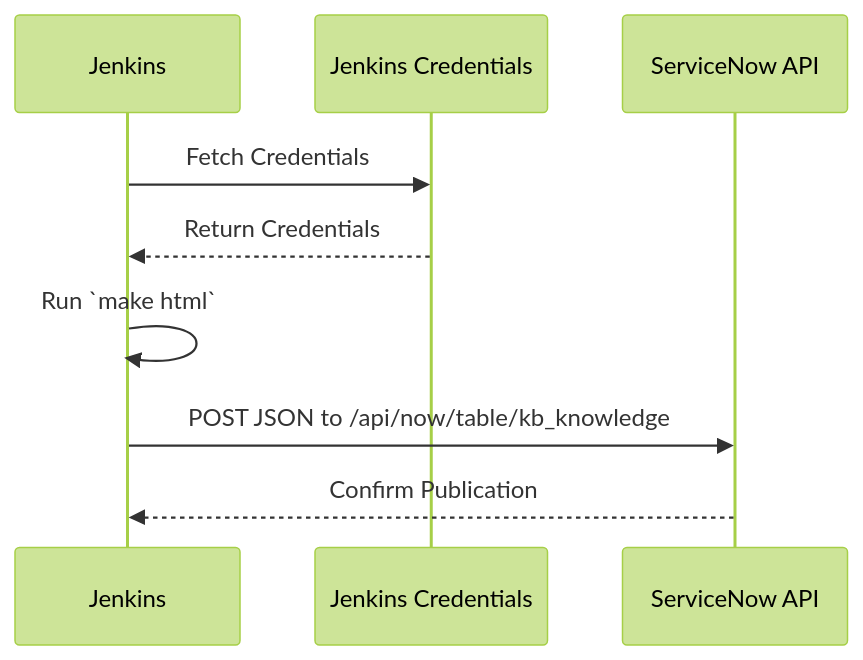
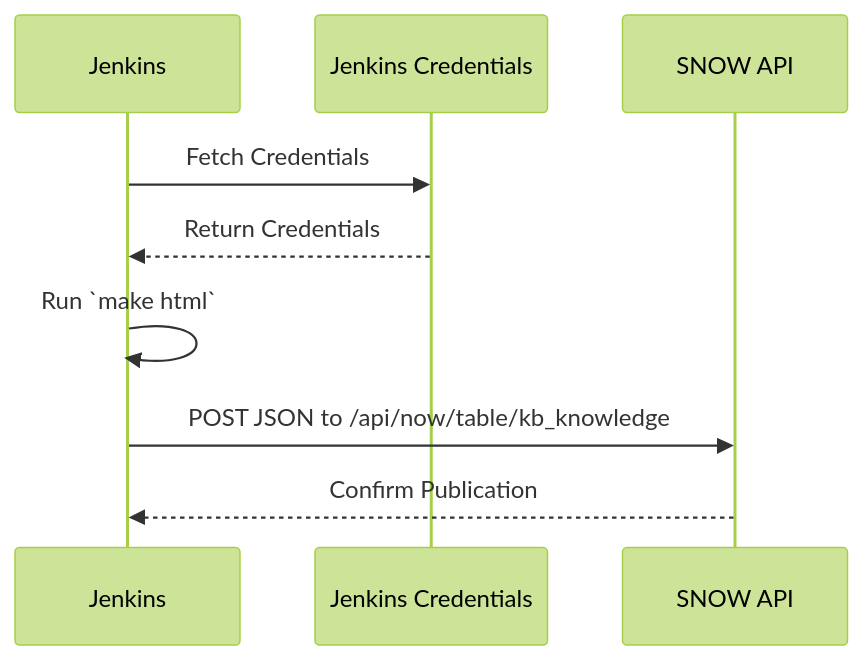
Before and after one commit to buckeye43210/markdown-to-snowkb: the fourth of 4 diagrams in README.md, drawn with Mermaid (forest theme). The commit also changed other lines of this file, not shown here.

Commit message:
revising diagrams

````diff
--- a/README.md
+++ b/README.md
@@ -205,11 +207,11 @@
 ```mermaid
 sequenceDiagram
     participant J as Jenkins
     participant C as Jenkins Credentials
-    participant S as ServiceNow API
+    participant S as SNOW API
     J->>C: Fetch Credentials
     C-->>J: Return Credentials
     J->>J: Run `make html`
     J->>S: POST JSON to /api/now/table/kb_knowledge
     S-->>J: Confirm Publication
 ```
````
